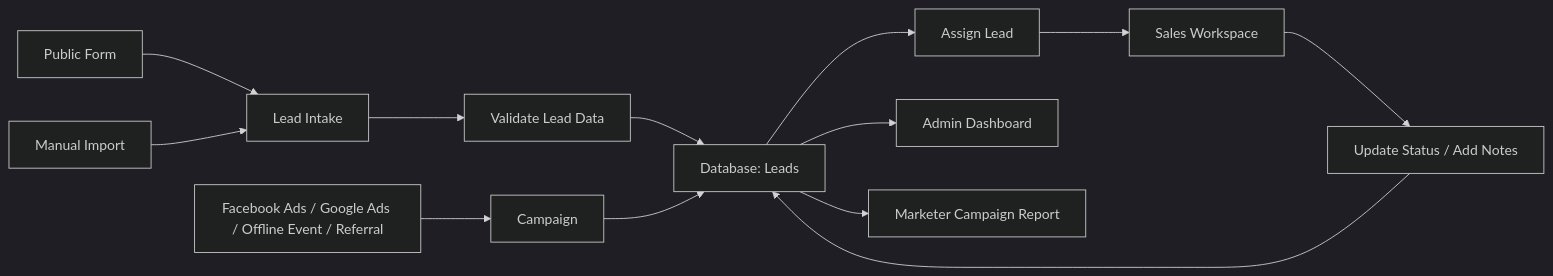
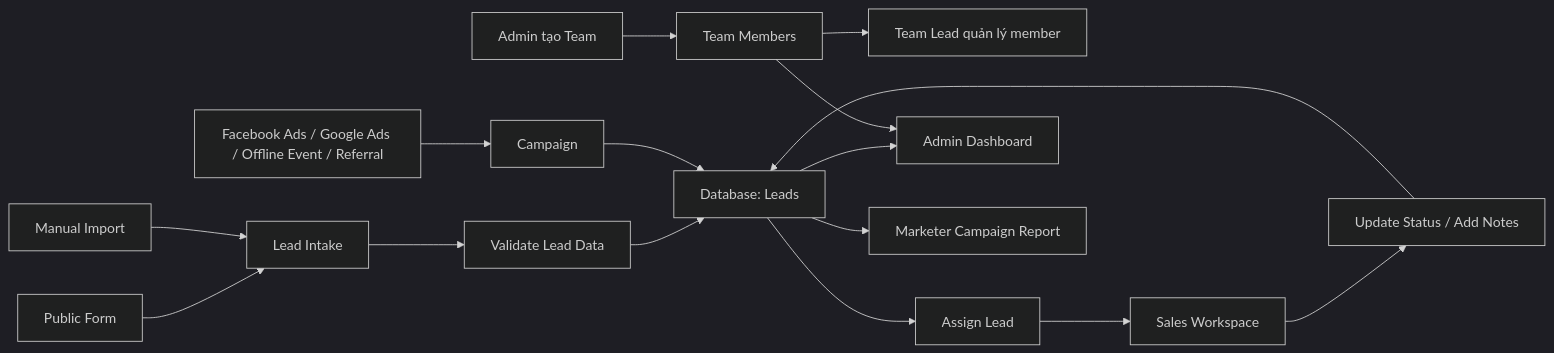
One commit to nhutmai/mini-crm changed the diagram in docs/data/data-flow.md. Above: the diagram before and after it, drawn with Mermaid (dark theme). The commit also changed other lines of this file and 26 other files, not shown here.

````diff
--- a/docs/data/data-flow.md
+++ b/docs/data/data-flow.md
@@ -57,15 +72,18 @@
 ```mermaid
 flowchart LR
     A["Facebook Ads / Google Ads / Offline Event / Referral"] --> B["Campaign"]
+    T["Admin tạo Team"] --> U["Team Members"]
+    U --> V["Team Lead quản lý member"]
     C["Public Form"] --> D["Lead Intake"]
     E["Manual Import"] --> D
     D --> F["Validate Lead Data"]
     F --> G["Database: Leads"]
     B --> G
     G --> H["Assign Lead"]
     H --> I["Sales Workspace"]
     I --> J["Update Status / Add Notes"]
     J --> G
     G --> K["Admin Dashboard"]
     G --> L["Marketer Campaign Report"]
+    U --> K
 ```
````
